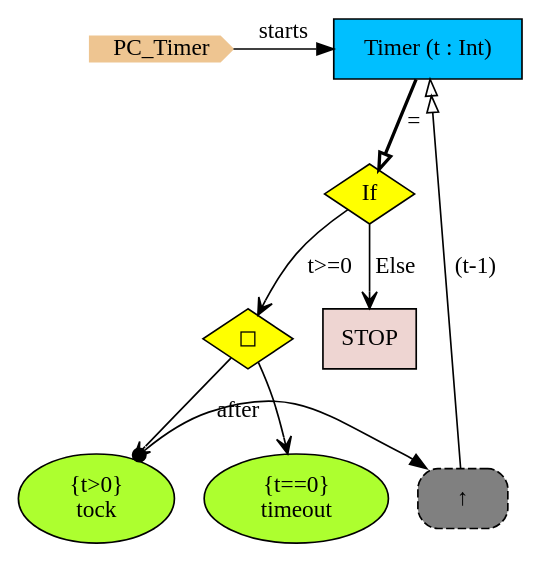
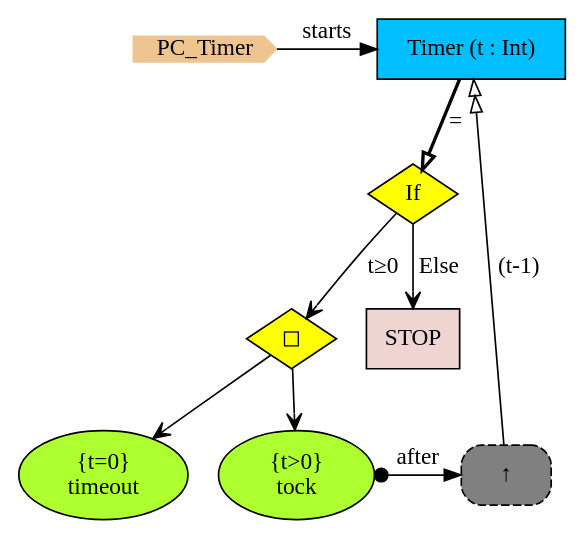
Before and after one commit to namalio/Fragmenta: the diagram in Haskell/PCs/Examples/img/PC_Timer.gv, drawn with Graphviz. The commit also changed 114 other files, not shown here.

```diff
--- a/Haskell/PCs/Examples/img/PC_Timer.gv
+++ b/Haskell/PCs/Examples/img/PC_Timer.gv
@@ -1,24 +1,25 @@
 digraph {
+
 StartN_ [shape = cds,color=burlywood2,style=filled,height=.2,width=.2, label =PC_Timer];
-OpTimer [shape=diamond,fillcolor=yellow,style = filled,label="If"];
+Timer [shape=box,fillcolor=deepskyblue,style = filled,label="Timer (t : Int)"];
+OpIfChoice [shape=diamond,fillcolor=yellow,style=filled,label="◻︎"];
+timeout [shape=ellipse,fillcolor=greenyellow,style=filled,label=" {t=0}
+timeout"];
+RefTimer [shape=rectangle,fillcolor=gray,style="rounded,filled,dashed",label="↑ "];
+tock [shape=ellipse,fillcolor=greenyellow,style=filled,label=" {t>0}
+tock"];
 STOP [shape=box,fillcolor=mistyrose2,style = filled,label="STOP"];
-tock [shape=ellipse,fillcolor=greenyellow,style = filled,label=" {t>0}
-tock"];
-RefTimer [shape=rectangle,fillcolor=gray,style="rounded,filled,dashed",label="↑ "];
-timeout [shape=ellipse,fillcolor=greenyellow,style = filled,label=" {t==0}
-timeout"];
-OpIfChoice [shape=diamond,fillcolor=yellow,style = filled,label="◻︎"];
-Timer [shape=box,fillcolor=deepskyblue,style = filled,label="Timer (t : Int)"];
+OpTimer [shape=diamond,fillcolor=yellow,style=filled,label="If"];
 
 {rank=same;RefTimer,tock}
 {rank=same;Timer,StartN_}
 
+RefTimer->Timer[arrowhead="normalnormal",fillcolor=white,label=" (t-1)"];
+OpIfChoice->tock[arrowhead="open"];
+OpTimer->STOP[arrowhead="open",label="Else"];
+OpTimer->OpIfChoice[arrowhead="open",label="t≥0"];
+OpIfChoice->timeout[arrowhead="open"];
 tock->RefTimer[arrowtail=dot,dir=both,label="after"];
-OpIfChoice->timeout[arrowhead="open"];
-OpTimer->OpIfChoice[arrowhead="open",label="t>=0"];
 Timer->OpTimer[arrowhead="onormal",penwidth=2,label="="];
 StartN_->Timer[label="starts"];
-OpTimer->STOP[arrowhead="open",label="Else"];
-OpIfChoice->tock[arrowhead="open"];
-RefTimer->Timer[arrowhead="normalnormal",fillcolor=white,label=" (t-1)"];
 }
```
